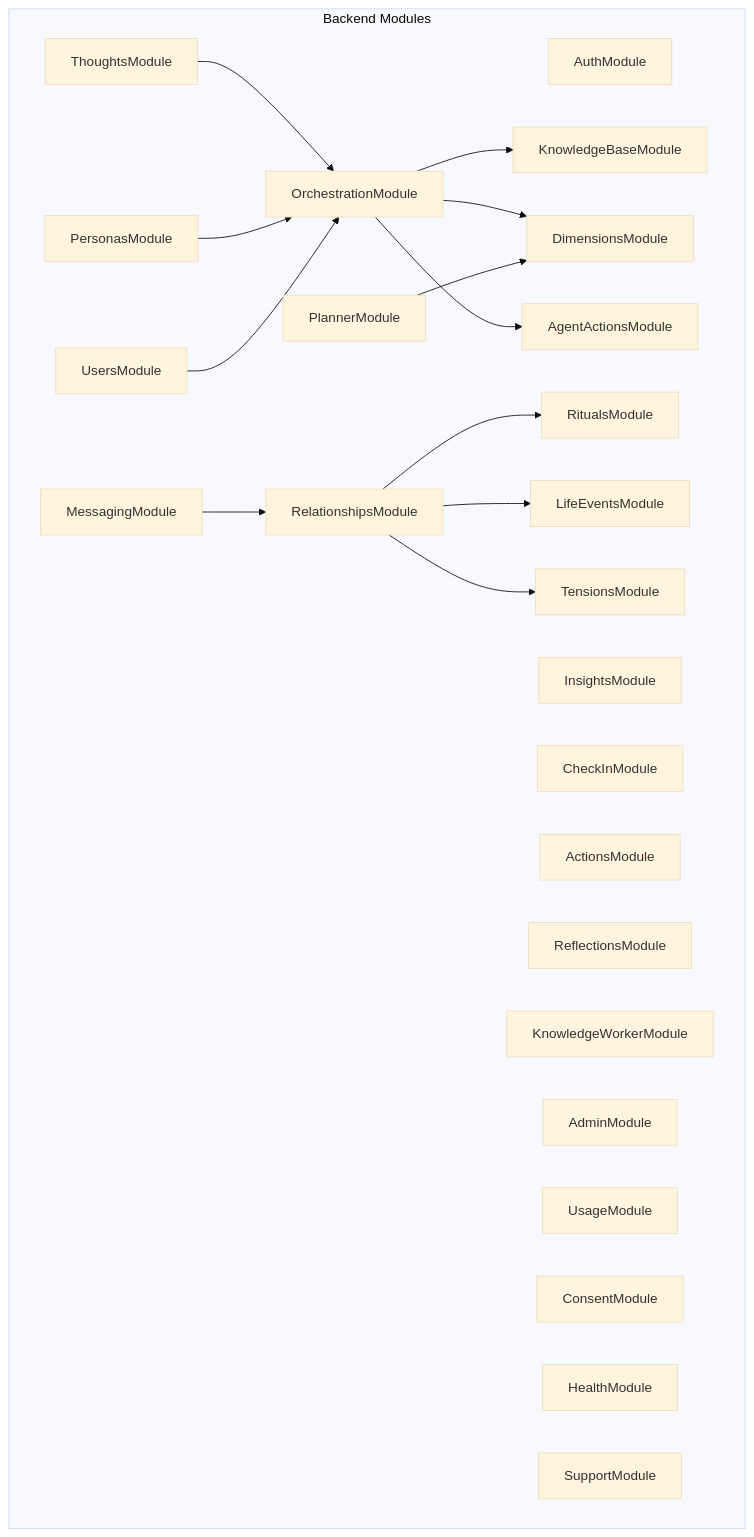
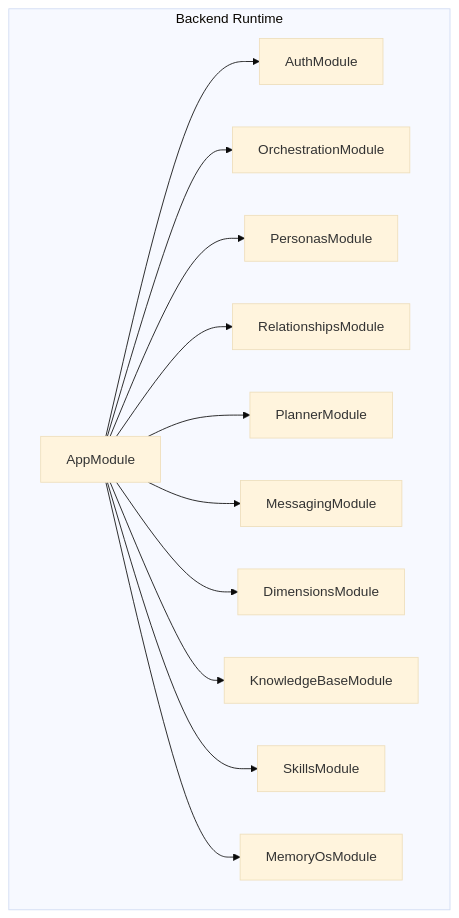
Before and after one commit to statgod6/4ever: the first of 8 diagrams in .qoder/repowiki/en/content/Core Features/Core Features.md, drawn with Mermaid (base theme). The commit also changed other lines of this file and 116 other files, not shown here.

````diff
--- a/.qoder/repowiki/en/content/Core Features/Core Features.md
+++ b/.qoder/repowiki/en/content/Core Features/Core Features.md
@@ -45,40 +54,26 @@
 ```mermaid
 graph TB
-subgraph "Backend Modules"
-A["AuthModule"]
-B["UsersModule"]
-C["ThoughtsModule"]
-D["PersonasModule"]
-E["OrchestrationModule"]
-F["InsightsModule"]
-G["PlannerModule"]
-H["CheckInModule"]
-I["ActionsModule"]
-J["ReflectionsModule"]
-K["KnowledgeBaseModule"]
-L["RelationshipsModule"]
-M["RitualsModule"]
-N["LifeEventsModule"]
-O["TensionsModule"]
-P["DimensionsModule"]
-Q["MessagingModule"]
-R["KnowledgeWorkerModule"]
-S["AdminModule"]
-T["UsageModule"]
-U["ConsentModule"]
-V["HealthModule"]
-W["SupportModule"]
-X["AgentActionsModule"]
+subgraph "Backend Runtime"
+APP["AppModule"]
+AUTH["AuthModule"]
+ORCH["OrchestrationModule"]
+PERS["PersonasModule"]
+REL["RelationshipsModule"]
+PLAN["PlannerModule"]
+MSG["MessagingModule"]
+DIM["DimensionsModule"]
+KBASE["KnowledgeBaseModule"]
+SKILLS["SkillsModule"]
+MEMOS["MemoryOsModule"]
 end
-E --> K
-E --> P
-E --> X
-L --> M
-L --> N
-L --> O
-Q --> L
-G --> P
-C --> E
-D --> E
-B --> E
+APP --> AUTH
+APP --> ORCH
+APP --> PERS
+APP --> REL
+APP --> PLAN
+APP --> MSG
+APP --> DIM
+APP --> KBASE
+APP --> SKILLS
+APP --> MEMOS
 ```
````
